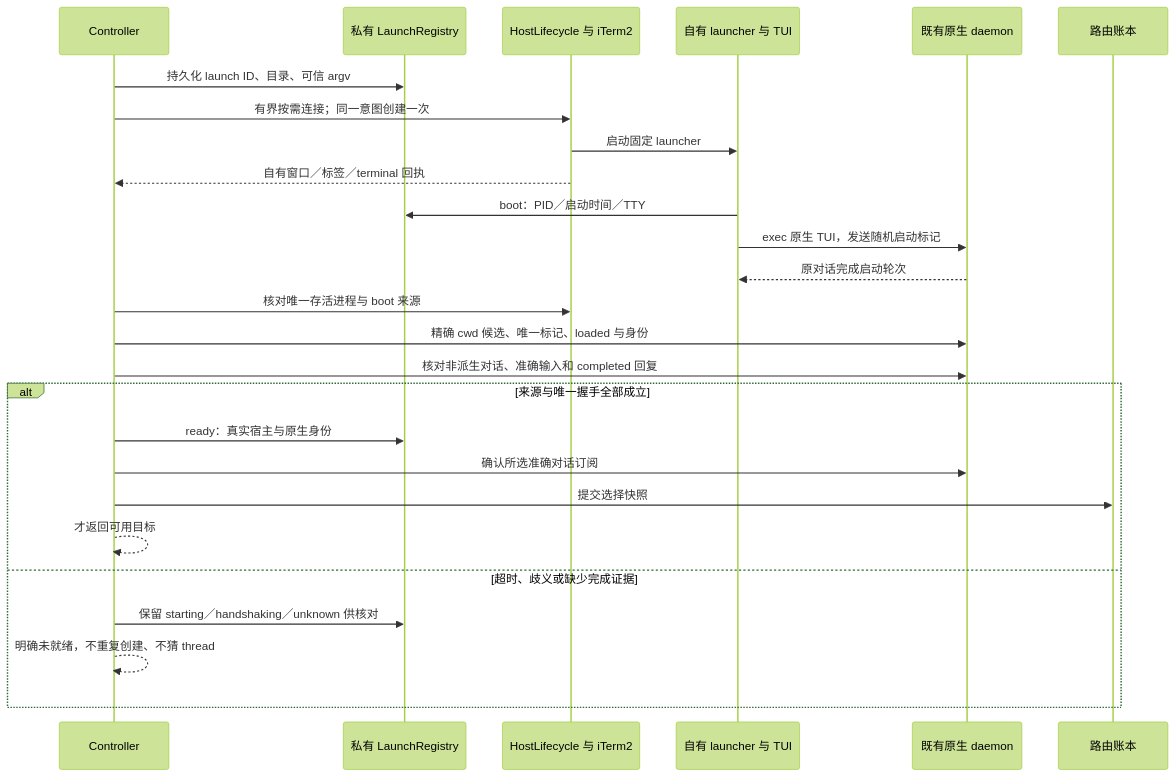
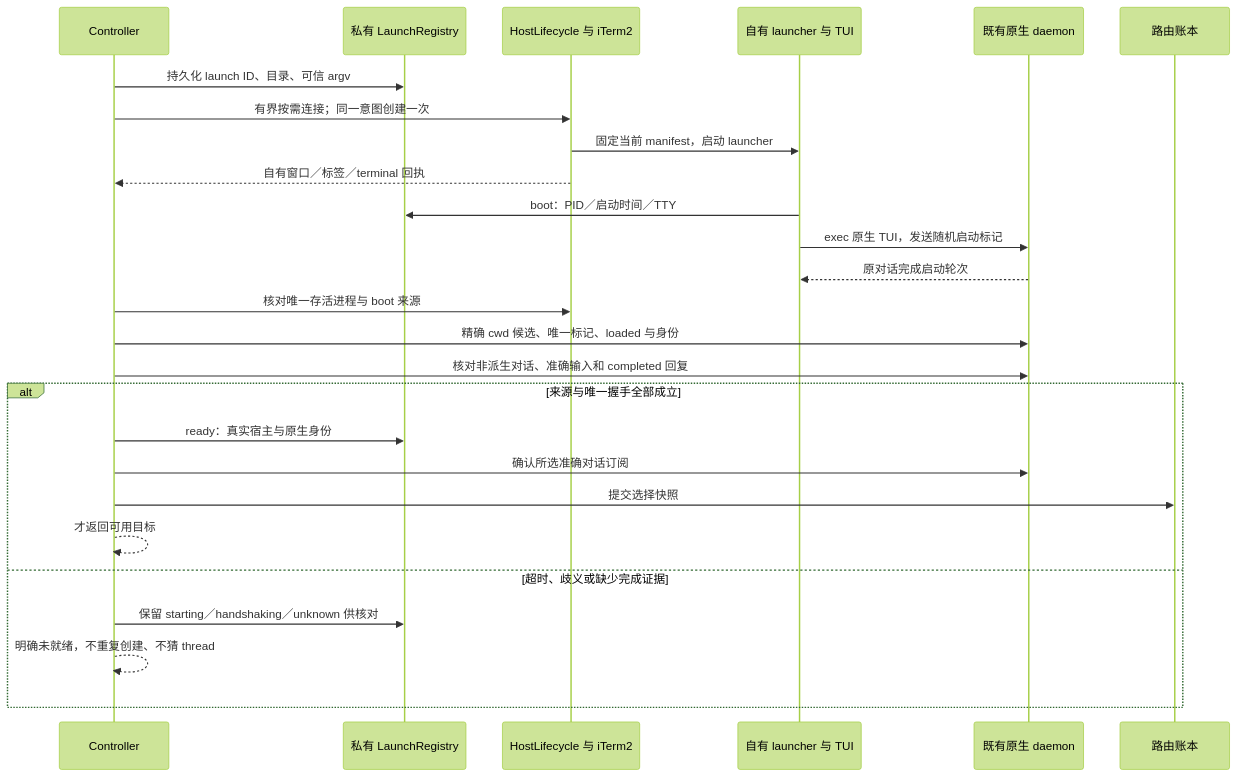
Before and after one commit to benarchen/wx-clawbot: the fifth of 5 diagrams in docs/architecture-design.md, drawn with Mermaid (forest theme). The commit also changed other lines of this file and 21 other files, not shown here.

````diff
--- a/docs/architecture-design.md
+++ b/docs/architecture-design.md
@@ -224,28 +224,28 @@
 ```mermaid
 sequenceDiagram
   participant C as Controller
   participant L as 私有 LaunchRegistry
   participant H as HostLifecycle 与 iTerm2
   participant P as 自有 launcher 与 TUI
   participant N as 既有原生 daemon
   participant S as 路由账本
   C->>L: 持久化 launch ID、目录、可信 argv
   C->>H: 有界按需连接；同一意图创建一次
-  H->>P: 启动固定 launcher
+  H->>P: 固定当前 manifest，启动 launcher
   H-->>C: 自有窗口／标签／terminal 回执
   P->>L: boot：PID／启动时间／TTY
   P->>N: exec 原生 TUI，发送随机启动标记
   N-->>P: 原对话完成启动轮次
   C->>H: 核对唯一存活进程与 boot 来源
   C->>N: 精确 cwd 候选、唯一标记、loaded 与身份
   C->>N: 核对非派生对话、准确输入和 completed 回复
   alt 来源与唯一握手全部成立
     C->>L: ready：真实宿主与原生身份
     C->>N: 确认所选准确对话订阅
     C->>S: 提交选择快照
     C-->>C: 才返回可用目标
   else 超时、歧义或缺少完成证据
     C->>L: 保留 starting／handshaking／unknown 供核对
     C-->>C: 明确未就绪，不重复创建、不猜 thread
   end
 ```
````
